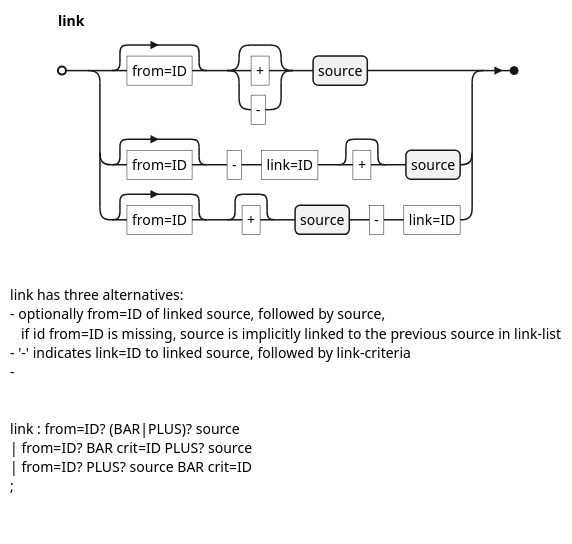
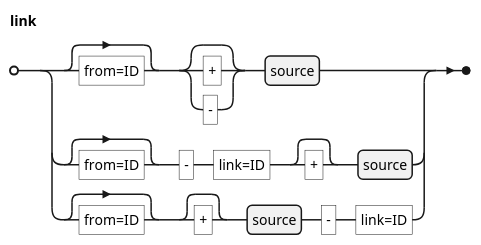
One commit to koryki-java/core changed the diagram in docs/kql/link.plantuml. Above: the diagram before and after it, drawn with PlantUML. The commit also changed 6 other files, not shown here.

```diff
--- a/docs/kql/link.plantuml
+++ b/docs/kql/link.plantuml
@@ -1,29 +1,13 @@
 @startebnf
 ' border and background
 skinparam legendBorderColor transparent
 skinparam legendBackgroundColor white
 
 'title link
 
 link = ["from=ID"], [("+" | "-")], source
   | ["from=ID"], "-", "link=ID", ["+"], source
   | ["from=ID"], ["+"], source, "-", "link=ID"
 ;
 
-legend bottom
-
-link has three alternatives:
-- optionally from=ID of linked source, followed by source,
-   if id from=ID is missing, source is implicitly linked to the previous source in link-list
-- '-' indicates link=ID to linked source, followed by link-criteria
--
-
-
-link : from=ID? (BAR|PLUS)? source
-| from=ID? BAR crit=ID PLUS? source
-| from=ID? PLUS? source BAR crit=ID
-;
-
-
-end legend
 @endebnf
```
